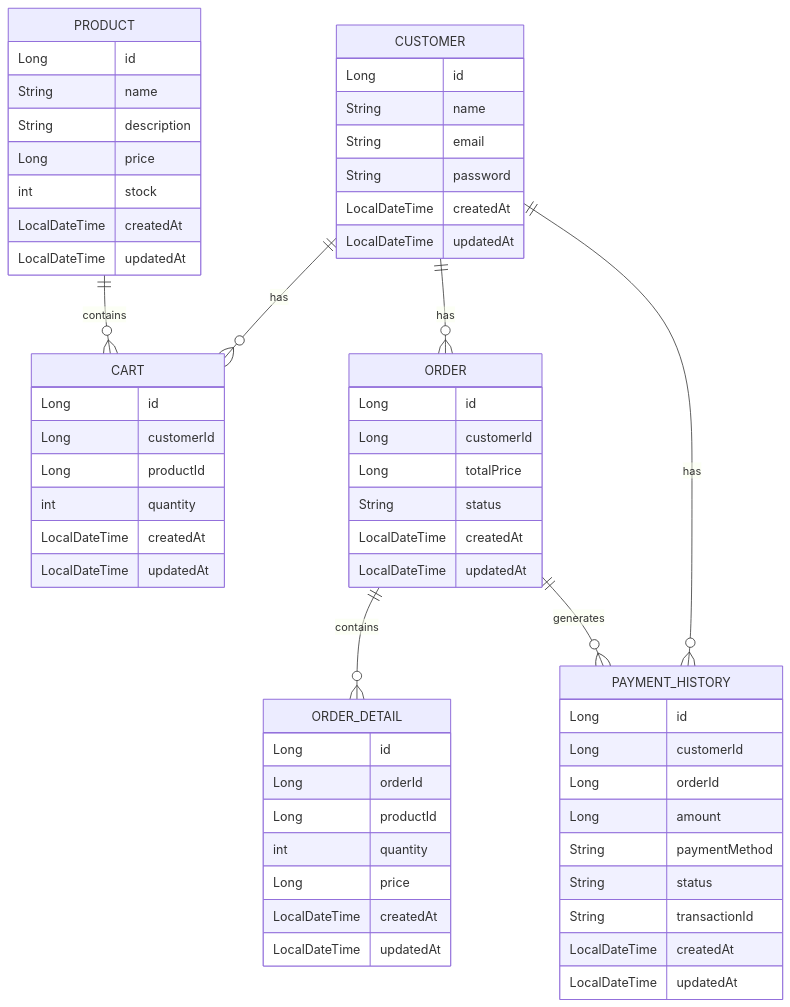
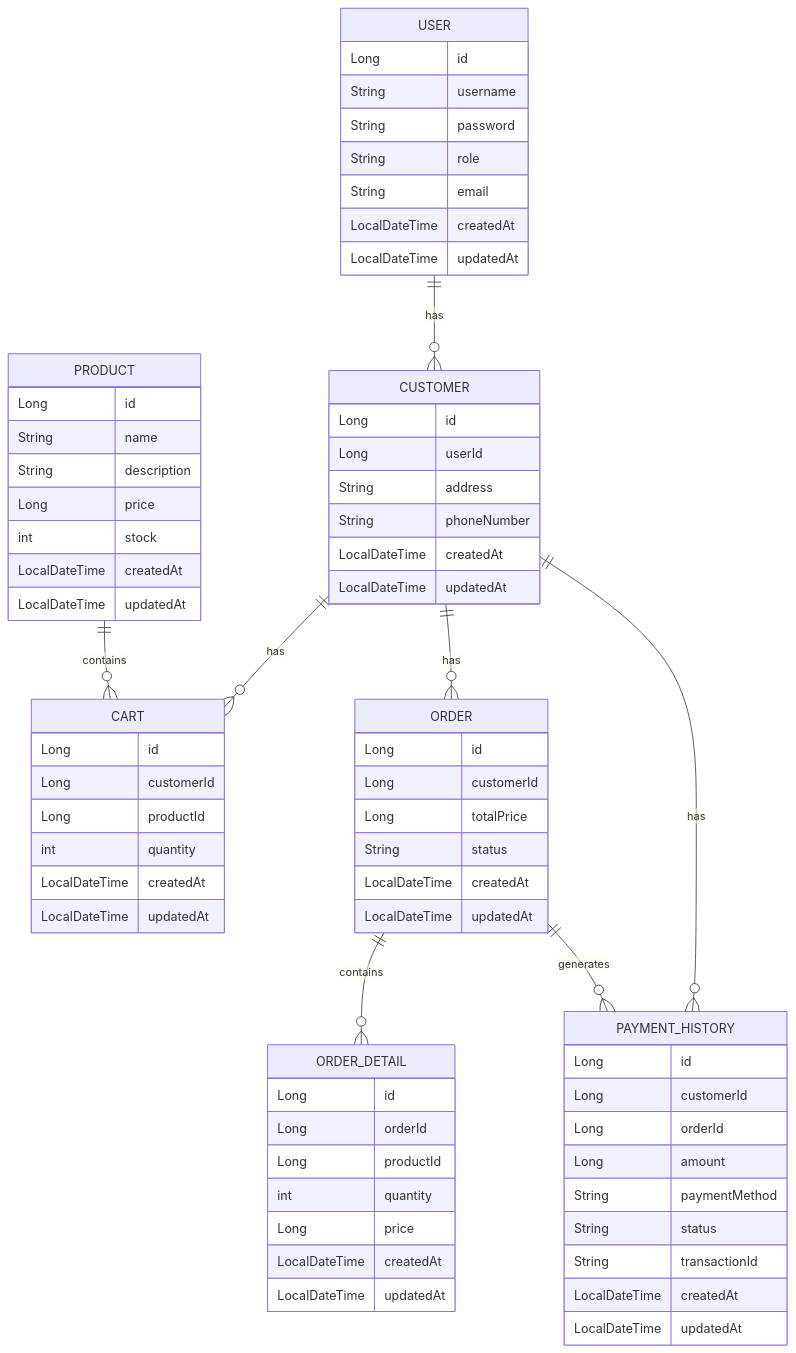
Before and after one commit to Dam-Heo/shop-api: the diagram in README.md, drawn with Mermaid. The commit also changed other lines of this file, not shown here.

````diff
--- a/README.md
+++ b/README.md
@@ -11,65 +11,74 @@
 ```mermaid
 
 erDiagram
+    USER {
+        Long id
+        String username
+        String password
+        String role
+        String email
+        LocalDateTime createdAt
+        LocalDateTime updatedAt
+    }
     CUSTOMER {
         Long id
-        String name
-        String email
-        String password
+        Long userId
+        String address
+        String phoneNumber
         LocalDateTime createdAt
         LocalDateTime updatedAt
     }
     PRODUCT {
         Long id
         String name
         String description
         Long price
         int stock
         LocalDateTime createdAt
         LocalDateTime updatedAt
     }
     CART {
         Long id
         Long customerId
         Long productId
         int quantity
         LocalDateTime createdAt
         LocalDateTime updatedAt
     }
     ORDER {
         Long id
         Long customerId
         Long totalPrice
         String status
         LocalDateTime createdAt
         LocalDateTime updatedAt
     }
     ORDER_DETAIL {
         Long id
         Long orderId
         Long productId
         int quantity
         Long price
         LocalDateTime createdAt
         LocalDateTime updatedAt
     }
     PAYMENT_HISTORY {
         Long id
         Long customerId
         Long orderId
         Long amount
         String paymentMethod
         String status
         String transactionId
         LocalDateTime createdAt
         LocalDateTime updatedAt
     }
 
+    USER ||--o{ CUSTOMER : has
+    CUSTOMER ||--o{ CART : has
     CUSTOMER ||--o{ ORDER : has
-    CUSTOMER ||--o{ CART : has
     CUSTOMER ||--o{ PAYMENT_HISTORY : has
     ORDER ||--o{ ORDER_DETAIL : contains
     ORDER ||--o{ PAYMENT_HISTORY : generates
     PRODUCT ||--o{ CART : contains
-
 ```
````
